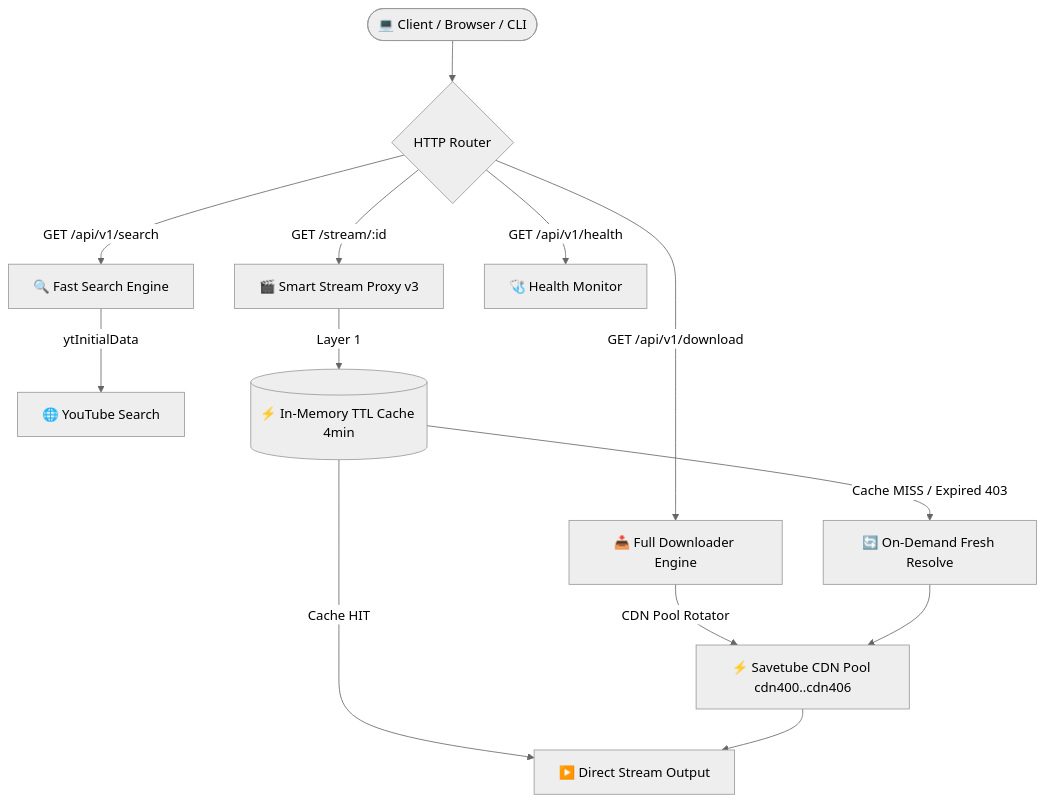
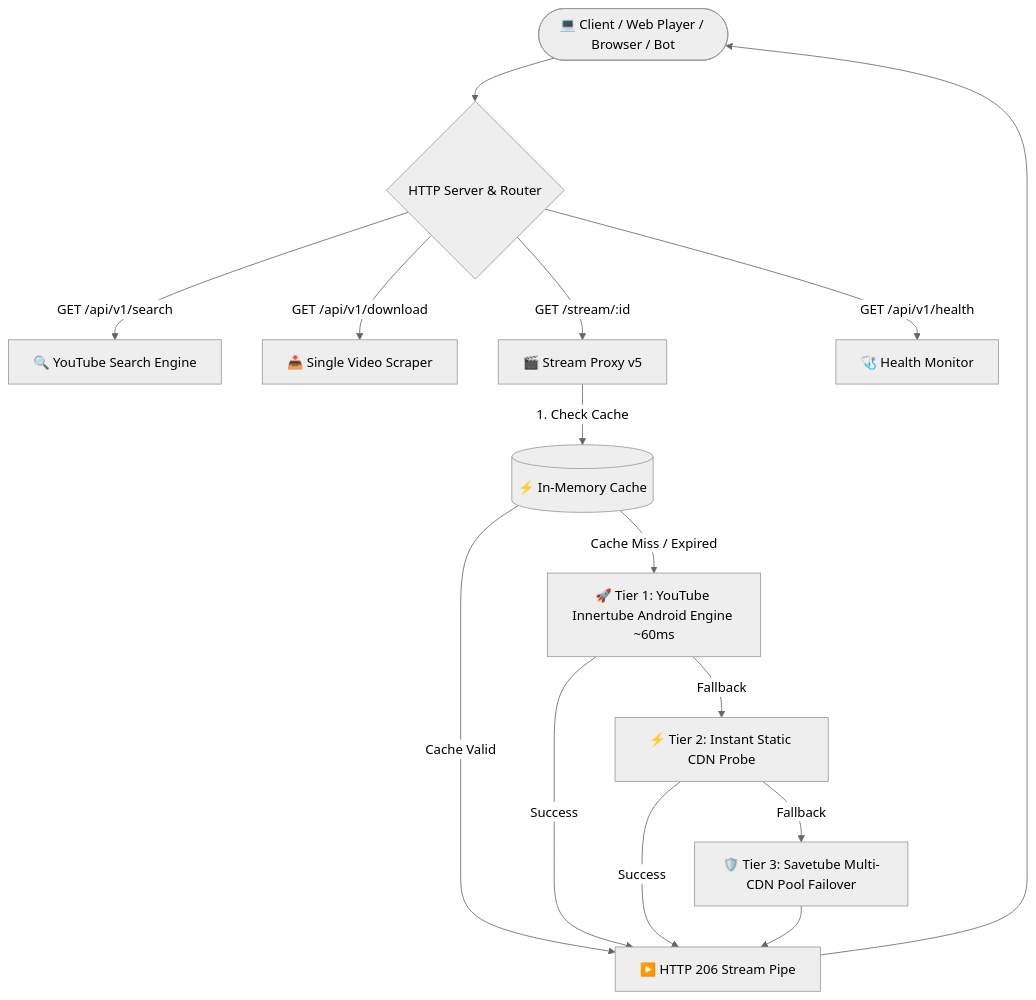
Before and after one commit to lannreal/aduh: the diagram in README.md, drawn with Mermaid (neutral theme). The commit also changed other lines of this file and 1 other file, not shown here.

````diff
--- a/README.md
+++ b/README.md
@@ -95,18 +105,21 @@
 ```mermaid
 flowchart TD
-    Client([💻 Client / Browser / CLI]) --> Router{HTTP Router}
+    Client([💻 Client / Web Player / Browser / Bot]) --> Router{HTTP Server & Router}
     
-    Router -->|GET /api/v1/search| SearchEngine[🔍 Fast Search Engine]
-    Router -->|GET /api/v1/download| DownloadEngine[📥 Full Downloader Engine]
-    Router -->|GET /stream/:id| StreamProxy[🎬 Smart Stream Proxy v3]
+    Router -->|GET /api/v1/search| SearchEngine[🔍 YouTube Search Engine]
+    Router -->|GET /api/v1/download| DownloadEngine[📥 Single Video Scraper]
+    Router -->|GET /stream/:id| StreamProxy[🎬 Stream Proxy v5]
     Router -->|GET /api/v1/health| HealthCheck[🩺 Health Monitor]
     
-    SearchEngine -->|ytInitialData| YouTube[🌐 YouTube Search]
-    DownloadEngine -->|CDN Pool Rotator| CDNPool[⚡ Savetube CDN Pool cdn400..cdn406]
+    StreamProxy -->|1. Check Cache| TTLCache[(⚡ In-Memory Cache)]
+    TTLCache -->|Cache Valid| DirectPipe[▶️ HTTP 206 Stream Pipe]
     
-    StreamProxy -->|Layer 1| TTLCache[(⚡ In-Memory TTL Cache 4min)]
-    TTLCache -->|Cache HIT| ProxyOut[▶️ Direct Stream Output]
-    TTLCache -->|Cache MISS / Expired 403| OnDemandResolve[🔄 On-Demand Fresh Resolve]
-    OnDemandResolve --> CDNPool
-    CDNPool --> ProxyOut
+    TTLCache -->|Cache Miss / Expired| Tier1[🚀 Tier 1: YouTube Innertube Android Engine ~60ms]
+    Tier1 -->|Success| DirectPipe
+    Tier1 -->|Fallback| Tier2[⚡ Tier 2: Instant Static CDN Probe]
+    Tier2 -->|Success| DirectPipe
+    Tier2 -->|Fallback| Tier3[🛡️ Tier 3: Savetube Multi-CDN Pool Failover]
+    Tier3 --> DirectPipe
+    
+    DirectPipe --> Client
 ```
````
